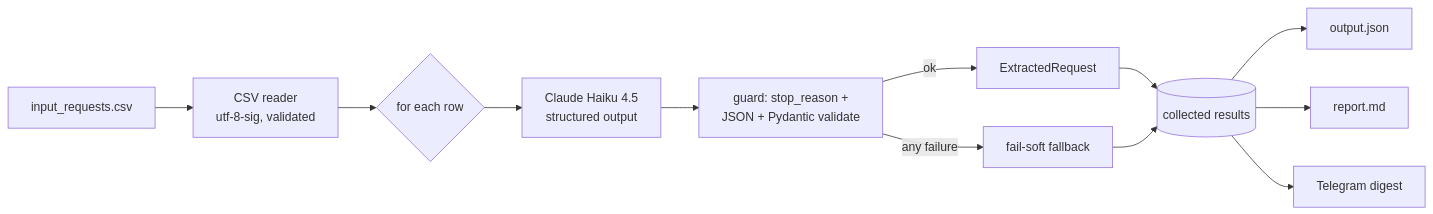
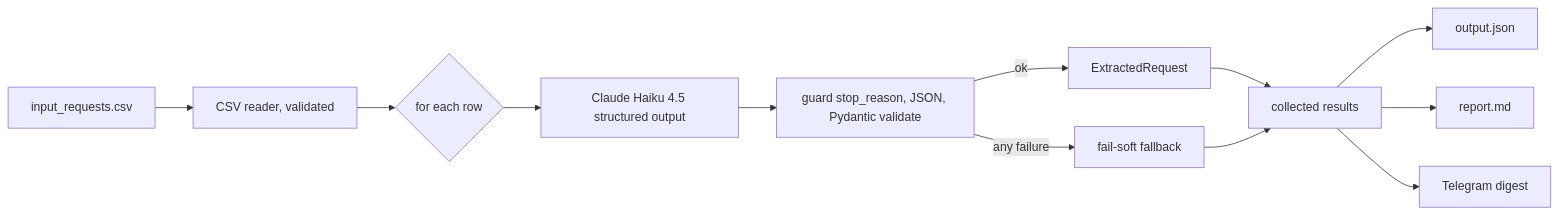
One commit to Tvink001/netpeak-request-triage changed the diagram in README.md. Above: the diagram before and after it, drawn with Mermaid.

Commit message:
Fix Mermaid diagram rendering on GitHub (quote node labels)

````diff
--- a/README.md
+++ b/README.md
@@ -15,14 +15,14 @@
 ```mermaid
 flowchart LR
-    CSV[input_requests.csv] --> R[CSV reader<br/>utf-8-sig, validated]
-    R --> L{for each row}
-    L --> H[Claude Haiku 4.5<br/>structured output]
-    H --> G[guard: stop_reason +<br/>JSON + Pydantic validate]
-    G -->|ok| OK[ExtractedRequest]
-    G -->|any failure| FB[fail-soft fallback]
-    OK --> C[(collected results)]
+    CSV["input_requests.csv"] --> R["CSV reader, validated"]
+    R --> L{"for each row"}
+    L --> H["Claude Haiku 4.5 structured output"]
+    H --> G["guard stop_reason, JSON, Pydantic validate"]
+    G -->|ok| OK["ExtractedRequest"]
+    G -->|any failure| FB["fail-soft fallback"]
+    OK --> C["collected results"]
     FB --> C
-    C --> J[output.json]
-    C --> M[report.md]
-    C --> T[Telegram digest]
+    C --> J["output.json"]
+    C --> M["report.md"]
+    C --> T["Telegram digest"]
 ```
````
